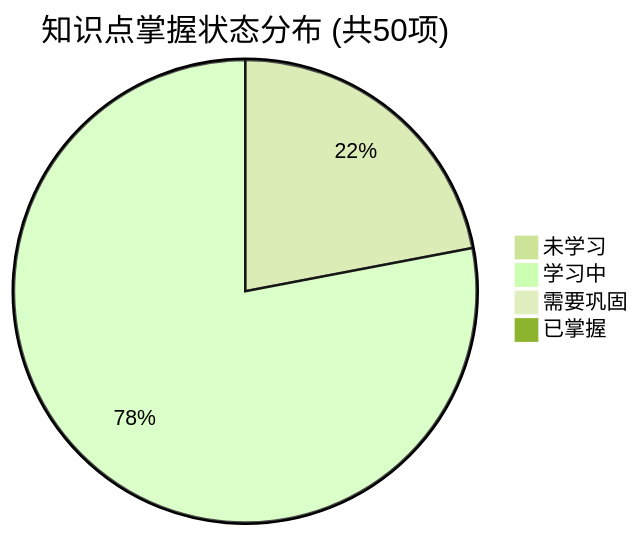
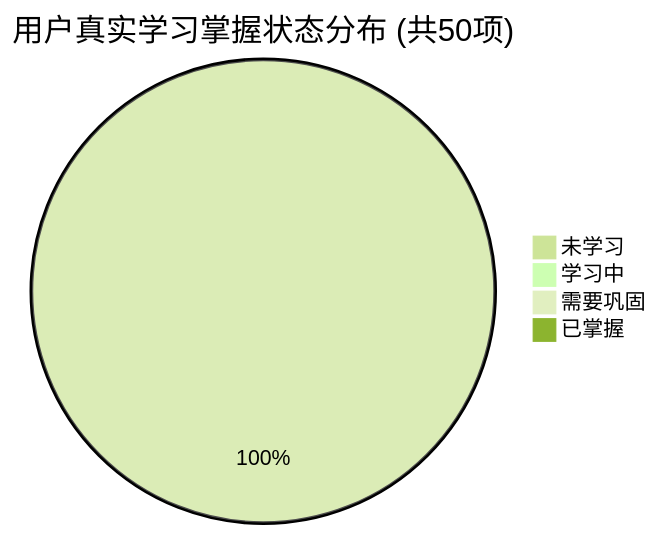
One commit to tieke1121/tech-interview-knowledge-base changed the first of 2 diagrams in PROGRESS.md. Above: the diagram before and after it, drawn with Mermaid (forest theme). The commit also changed other lines of this file and 52 other files, not shown here.

````diff
--- a/PROGRESS.md
+++ b/PROGRESS.md
@@ -23,7 +26,7 @@
 ```mermaid
-pie title 知识点掌握状态分布 (共50项)
-    "未学习" : 11
-    "学习中" : 39
+pie title 用户真实学习掌握状态分布 (共50项)
+    "未学习" : 50
+    "学习中" : 0
     "需要巩固" : 0
     "已掌握" : 0
 ```
````
